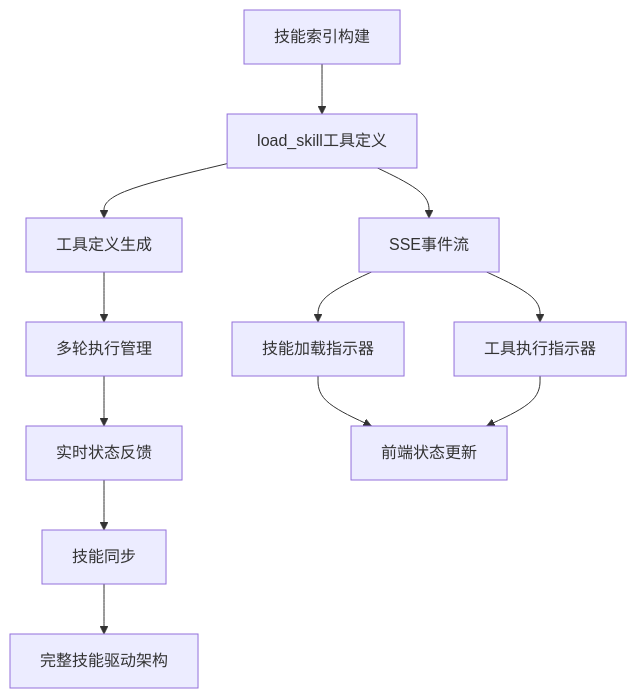
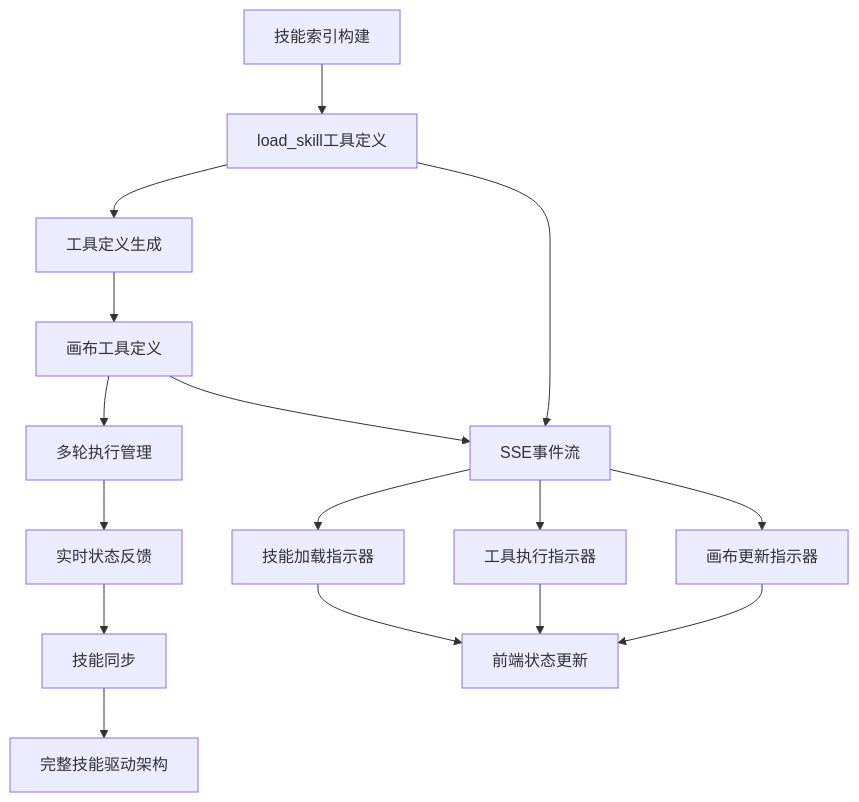
The eighth of 14 diagrams in .qoder/repowiki/zh/content/后端开发指南/API路由系统/聊天交互API.md (KunLabAI/KunFlix), drawn with Mermaid before and after one commit. The commit also changed other lines of this file and 15 other files, not shown here.

````diff
--- a/.qoder/repowiki/zh/content/后端开发指南/API路由系统/聊天交互API.md
+++ b/.qoder/repowiki/zh/content/后端开发指南/API路由系统/聊天交互API.md
@@ -294,14 +383,18 @@
 ```mermaid
 flowchart TD
 SkillIndex["技能索引构建"] --> LoadSkill["load_skill工具定义"]
 LoadSkill --> ToolDefs["工具定义生成"]
-ToolDefs --> MultiRound["多轮执行管理"]
+ToolDefs --> CanvasDefs["画布工具定义"]
+CanvasDefs --> MultiRound["多轮执行管理"]
 MultiRound --> RealTime["实时状态反馈"]
 RealTime --> SkillSync["技能同步"]
 SkillSync --> Complete["完整技能驱动架构"]
 LoadSkill --> SSE["SSE事件流"]
+CanvasDefs --> SSE
 SSE --> SkillLoading["技能加载指示器"]
 SSE --> ToolExecution["工具执行指示器"]
+SSE --> CanvasUpdate["画布更新指示器"]
 SkillLoading --> UI["前端状态更新"]
 ToolExecution --> UI
+CanvasUpdate --> UI
 ```
````
